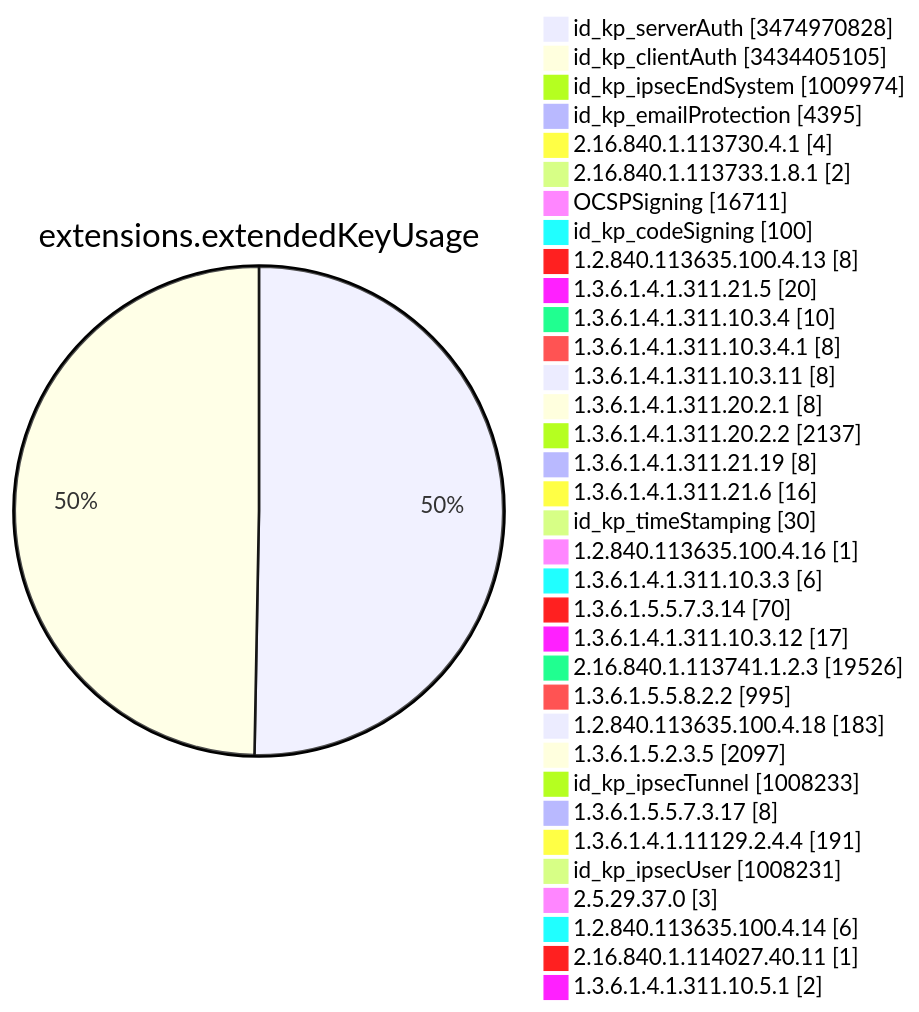
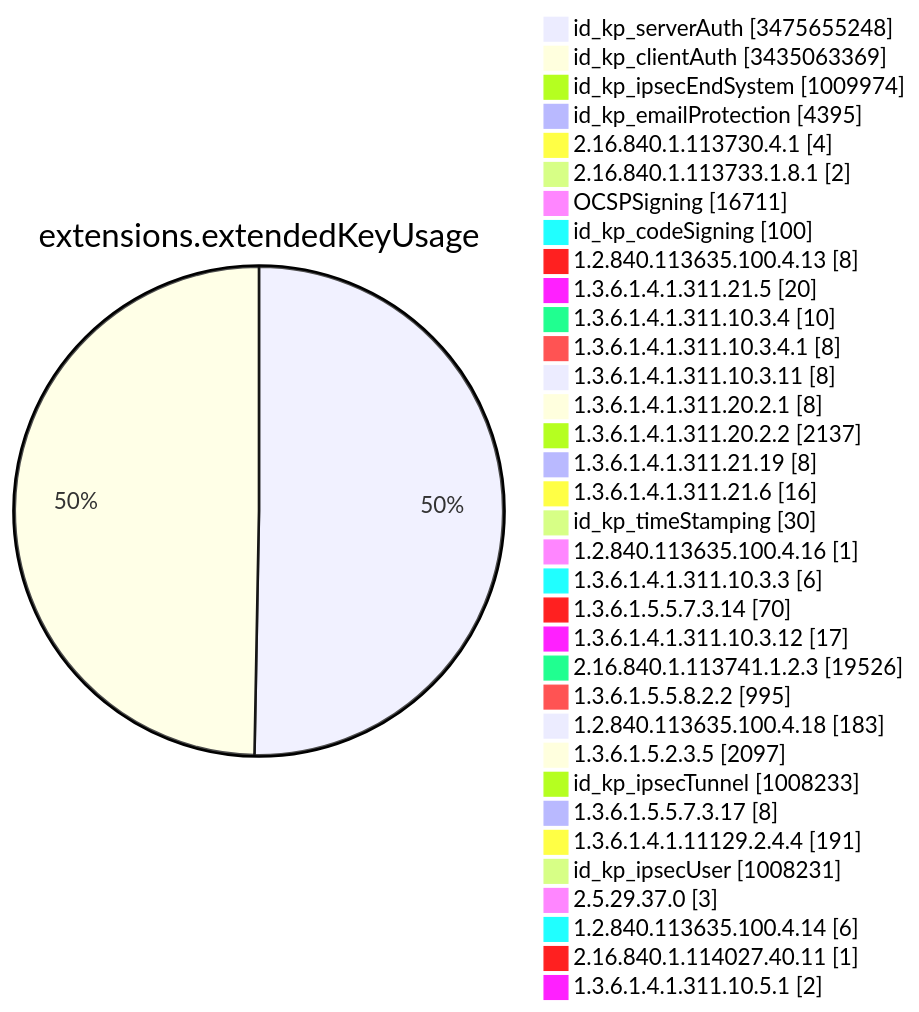
One commit to christiankrug/ctmonitor_visualization changed diagram 11 of 15 in TOTAL/README.md. Above: the diagram before and after it, drawn with Mermaid. The commit also changed other lines of this file, not shown here.

````diff
--- a/TOTAL/README.md
+++ b/TOTAL/README.md
@@ -4123,38 +4123,38 @@
 ```mermaid
 pie showData
 title extensions.extendedKeyUsage
-"id_kp_serverAuth" :3474970828
-"id_kp_clientAuth" :3434405105
+"id_kp_serverAuth" :3475655248
+"id_kp_clientAuth" :3435063369
 "id_kp_ipsecEndSystem" :1009974
 "id_kp_emailProtection" :4395
 "2.16.840.1.113730.4.1" :4
 "2.16.840.1.113733.1.8.1" :2
 "OCSPSigning" :16711
 "id_kp_codeSigning" :100
 "1.2.840.113635.100.4.13" :8
 "1.3.6.1.4.1.311.21.5" :20
 "1.3.6.1.4.1.311.10.3.4" :10
 "1.3.6.1.4.1.311.10.3.4.1" :8
 "1.3.6.1.4.1.311.10.3.11" :8
 "1.3.6.1.4.1.311.20.2.1" :8
 "1.3.6.1.4.1.311.20.2.2" :2137
 "1.3.6.1.4.1.311.21.19" :8
 "1.3.6.1.4.1.311.21.6" :16
 "id_kp_timeStamping" :30
 "1.2.840.113635.100.4.16" :1
 "1.3.6.1.4.1.311.10.3.3" :6
 "1.3.6.1.5.5.7.3.14" :70
 "1.3.6.1.4.1.311.10.3.12" :17
 "2.16.840.1.113741.1.2.3" :19526
 "1.3.6.1.5.5.8.2.2" :995
 "1.2.840.113635.100.4.18" :183
 "1.3.6.1.5.2.3.5" :2097
 "id_kp_ipsecTunnel" :1008233
 "1.3.6.1.5.5.7.3.17" :8
 "1.3.6.1.4.1.11129.2.4.4" :191
 "id_kp_ipsecUser" :1008231
 "2.5.29.37.0" :3
 "1.2.840.113635.100.4.14" :6
 "2.16.840.1.114027.40.11" :1
 "1.3.6.1.4.1.311.10.5.1" :2
 ```
````
